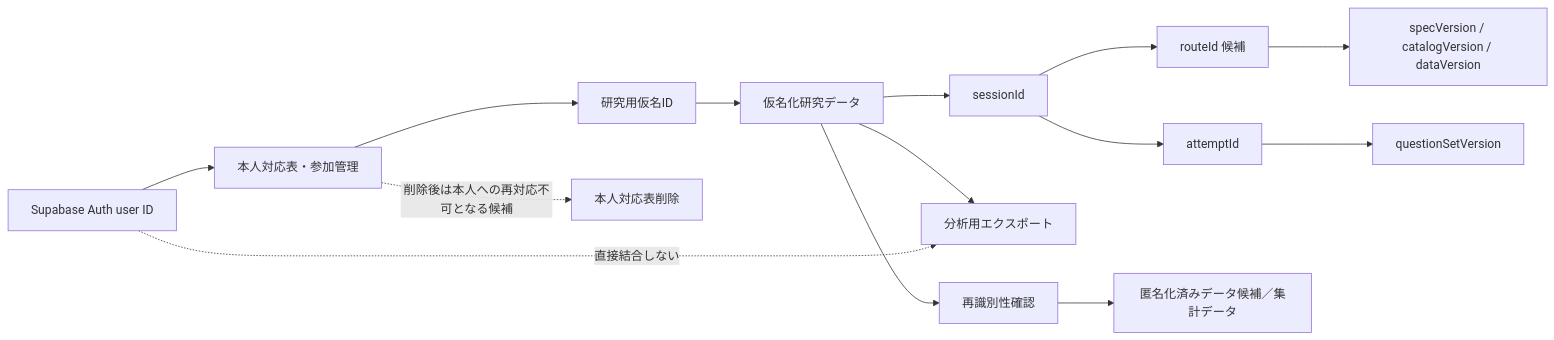
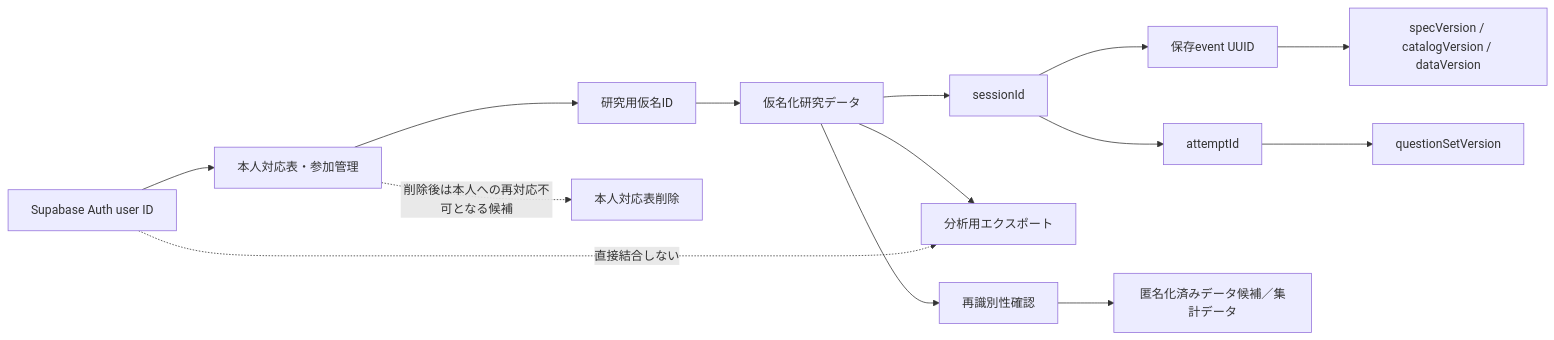
The first of 2 diagrams in docs/operations/research-data-management.md (kai02221514/Weblearningtool), drawn with Mermaid before and after one commit. The commit also changed other lines of this file and 9 other files, not shown here.

````diff
--- a/docs/operations/research-data-management.md
+++ b/docs/operations/research-data-management.md
@@ -265,16 +275,16 @@
 ```mermaid
 flowchart LR
   A["Supabase Auth user ID"] --> B["本人対応表・参加管理"]
   B --> C["研究用仮名ID"]
   C --> D["仮名化研究データ"]
   D --> E["sessionId"]
-  E --> F["routeId 候補"]
+  E --> F["保存event UUID"]
   E --> G["attemptId"]
   G --> H["questionSetVersion"]
   F --> I["specVersion / catalogVersion / dataVersion"]
   D --> J["分析用エクスポート"]
   B -. "削除後は本人への再対応不可となる候補" .-> K["本人対応表削除"]
   D --> L["再識別性確認"]
   L --> M["匿名化済みデータ候補／集計データ"]
   A -. "直接結合しない" .-> J
 ```
````
